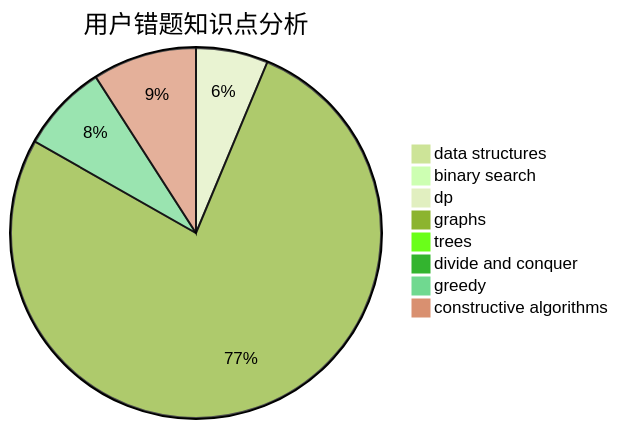
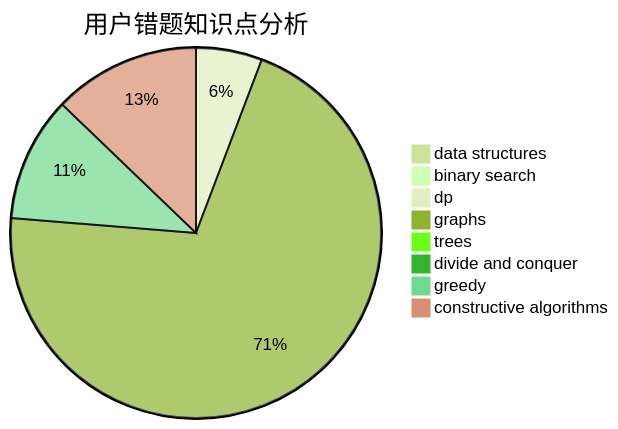
Before and after one commit to sherpahu/cfrs.github.io: the third of 3 diagrams in docs/user/u2038.md, drawn with Mermaid (forest theme). The commit also changed other lines of this file and 2770 other files, not shown here.

````diff
--- a/docs/user/u2038.md
+++ b/docs/user/u2038.md
@@ -36,11 +36,11 @@
 ```mermaid
 pie title 用户错题知识点分析
     "data structures" :  0
     "binary search" :  0
     "dp" :  9
     "graphs" :  110
     "trees" :  0
     "divide and conquer" :  0
-    "greedy" :  11
-    "constructive algorithms" :  13
+    "greedy" :  17
+    "constructive algorithms" :  20
 ```
````
